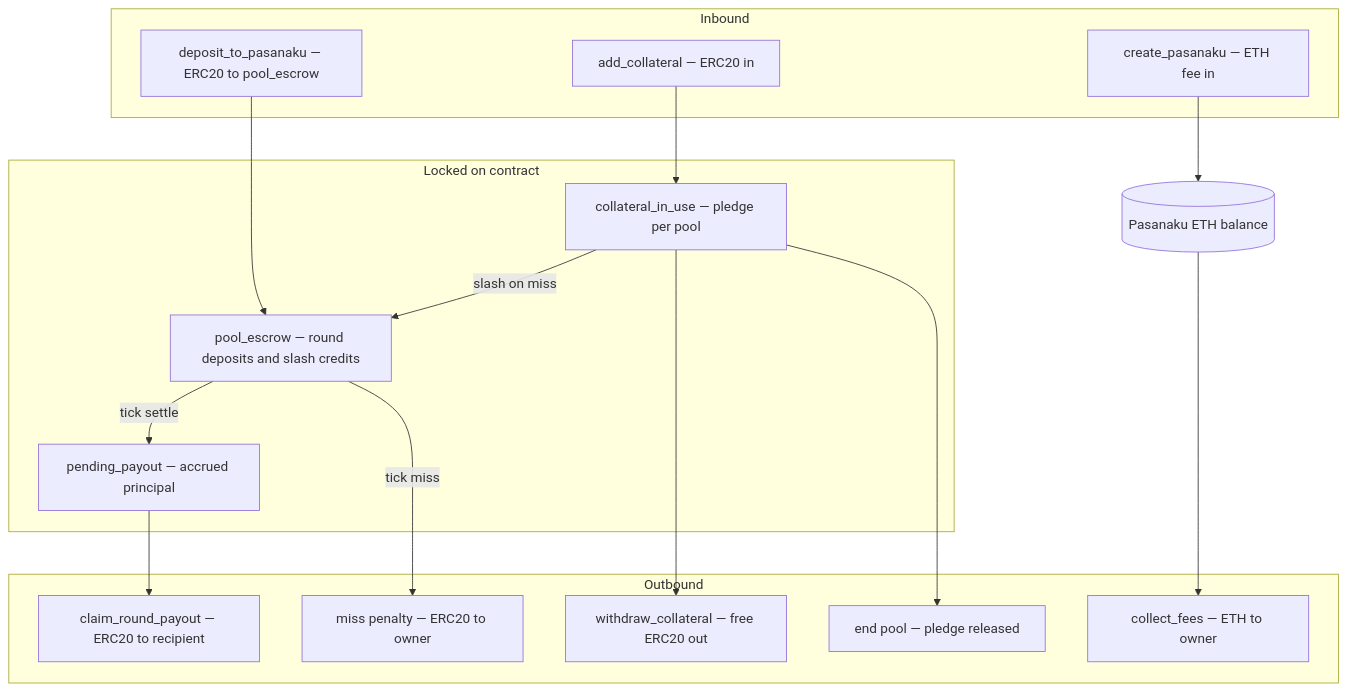
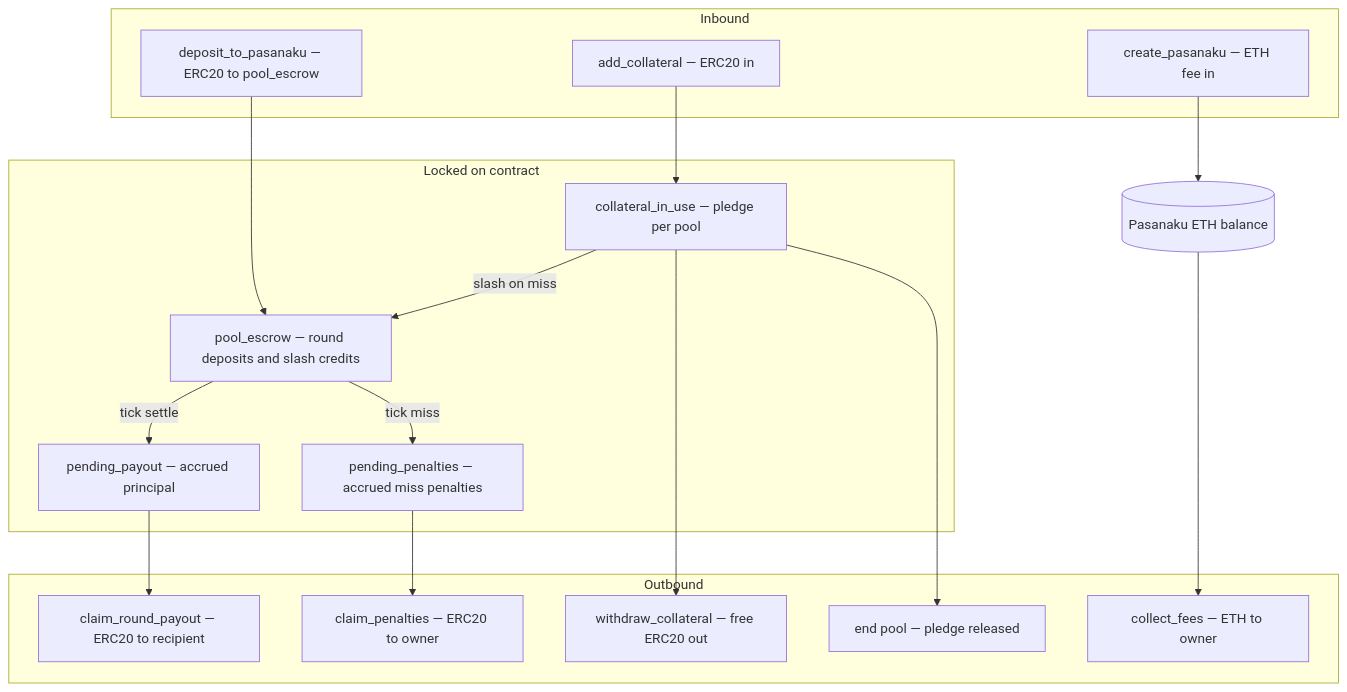
Before and after one commit to PasanakuOnchain/core-v2: the second of 2 diagrams in docs/whitepaper/03-architecture.md, drawn with Mermaid. The commit also changed other lines of this file and 14 other files, not shown here.

Commit message:
Fix leave order preservation and pull-claim miss penalties

````diff
--- a/docs/whitepaper/03-architecture.md
+++ b/docs/whitepaper/03-architecture.md
@@ -64,33 +66,35 @@
 ```mermaid
 flowchart TB
     subgraph inbound [Inbound]
         AddCol[add_collateral — ERC20 in]
         CreateFee[create_pasanaku — ETH fee in]
         Deposit[deposit_to_pasanaku — ERC20 to pool_escrow]
     end
 
     subgraph locked [Locked on contract]
         Pledge[collateral_in_use — pledge per pool]
         Escrow[pool_escrow — round deposits and slash credits]
         Pending[pending_payout — accrued principal]
+        PendingPen[pending_penalties — accrued miss penalties]
     end
 
     subgraph outbound [Outbound]
         Claim[claim_round_payout — ERC20 to recipient]
-        Penalty[miss penalty — ERC20 to owner]
+        Penalty[claim_penalties — ERC20 to owner]
         Withdraw[withdraw_collateral — free ERC20 out]
         Unlock[end pool — pledge released]
         EthOut[collect_fees — ETH to owner]
     end
 
     AddCol --> Pledge
     CreateFee --> contract[(Pasanaku ETH balance)]
     Deposit --> Escrow
     Escrow -->|tick settle| Pending
-    Escrow -->|tick miss| Penalty
+    Escrow -->|tick miss| PendingPen
     Pledge -->|slash on miss| Escrow
     Pending --> Claim
+    PendingPen --> Penalty
     Pledge --> Unlock
     Pledge --> Withdraw
     contract --> EthOut
 ```
````
